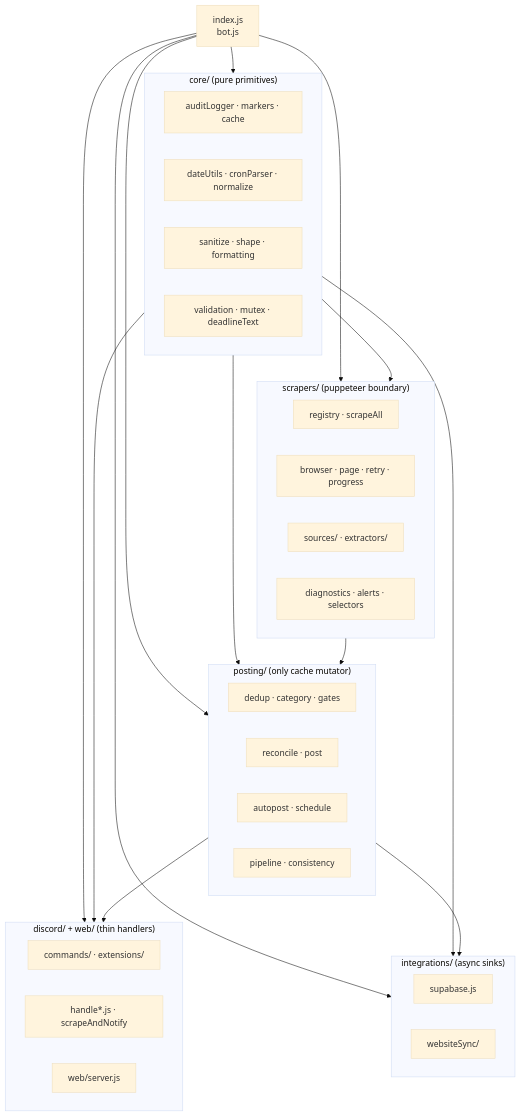
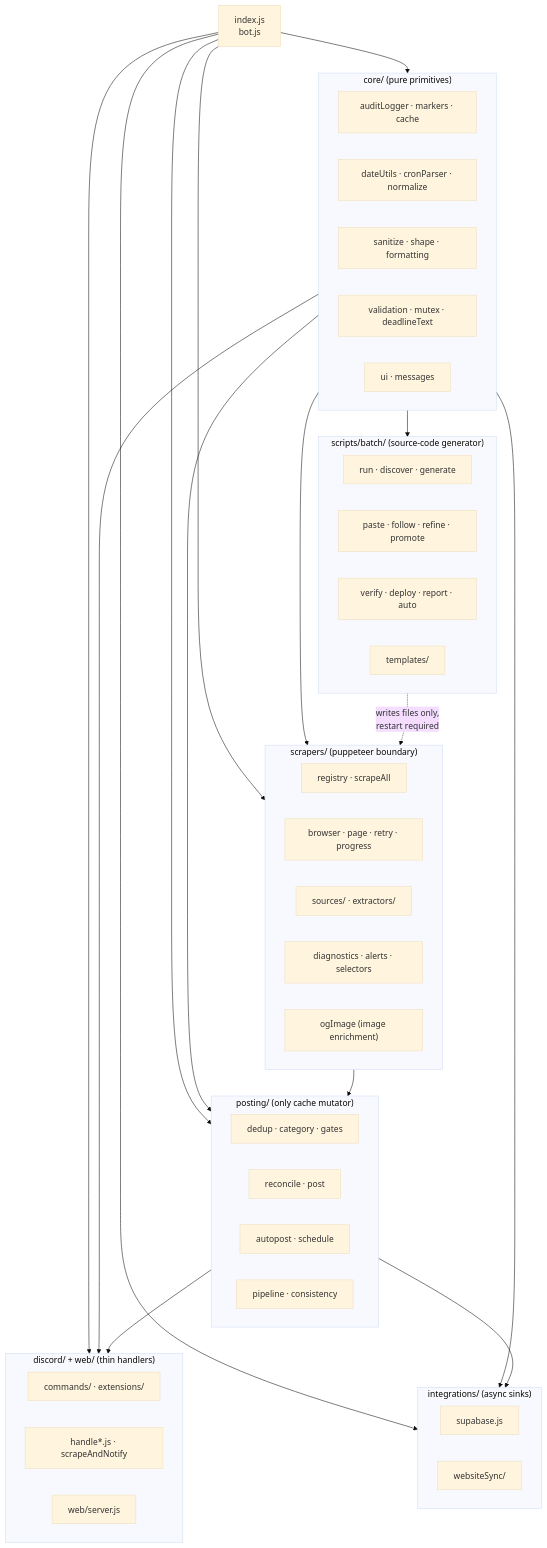
The second of 2 diagrams in README.md (pulchowk-events/aggregator), drawn with Mermaid (base theme) before and after one commit. The commit also changed other lines of this file and 4 other files, not shown here.

Commit message:
docs: refresh for 62 sources, batch pipeline, and image enrichment

````diff
--- a/README.md
+++ b/README.md
@@ -413,51 +517,63 @@
 ```mermaid
 flowchart TB
     Entry["index.js<br/>bot.js"]
 
     subgraph Core["core/ (pure primitives)"]
         c1["auditLogger · markers · cache"]
         c2["dateUtils · cronParser · normalize"]
         c3["sanitize · shape · formatting"]
         c4["validation · mutex · deadlineText"]
+        c5["ui · messages"]
     end
 
     subgraph Scrapers["scrapers/ (puppeteer boundary)"]
         s1["registry · scrapeAll"]
         s2["browser · page · retry · progress"]
         s3["sources/ · extractors/"]
         s4["diagnostics · alerts · selectors"]
+        s5["ogImage (image enrichment)"]
     end
 
     subgraph Posting["posting/ (only cache mutator)"]
         p1["dedup · category · gates"]
         p2["reconcile · post"]
         p3["autopost · schedule"]
         p4["pipeline · consistency"]
     end
 
     subgraph Surf["discord/ + web/ (thin handlers)"]
         u1["commands/ · extensions/"]
         u2["handle*.js · scrapeAndNotify"]
         u3["web/server.js"]
     end
 
     subgraph Sink["integrations/ (async sinks)"]
         i1["supabase.js"]
         i2["websiteSync/"]
     end
 
+    subgraph Batch["scripts/batch/ (source-code generator)"]
+        b1["run · discover · generate"]
+        b2["paste · follow · refine · promote"]
+        b3["verify · deploy · report · auto"]
+        b4["templates/"]
+    end
+
     Entry --> Core
     Entry --> Scrapers
     Entry --> Posting
     Entry --> Surf
     Entry --> Sink
 
     Core --> Scrapers
     Core --> Posting
     Core --> Surf
     Core --> Sink
+    Core --> Batch
 
     Scrapers --> Posting
     Posting --> Surf
     Posting --> Sink
+
+    Batch -.->|"writes files only,<br/>restart required"| Scrapers
 ```
````
